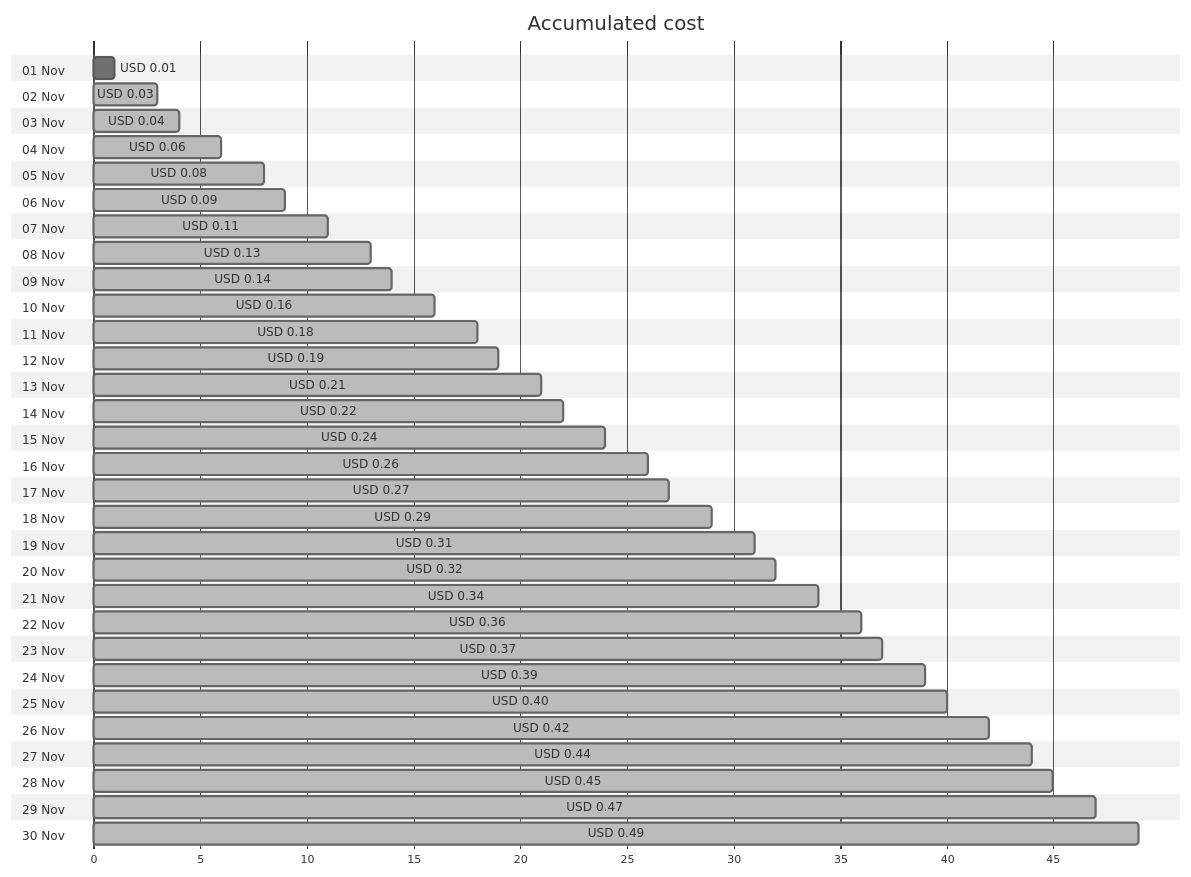
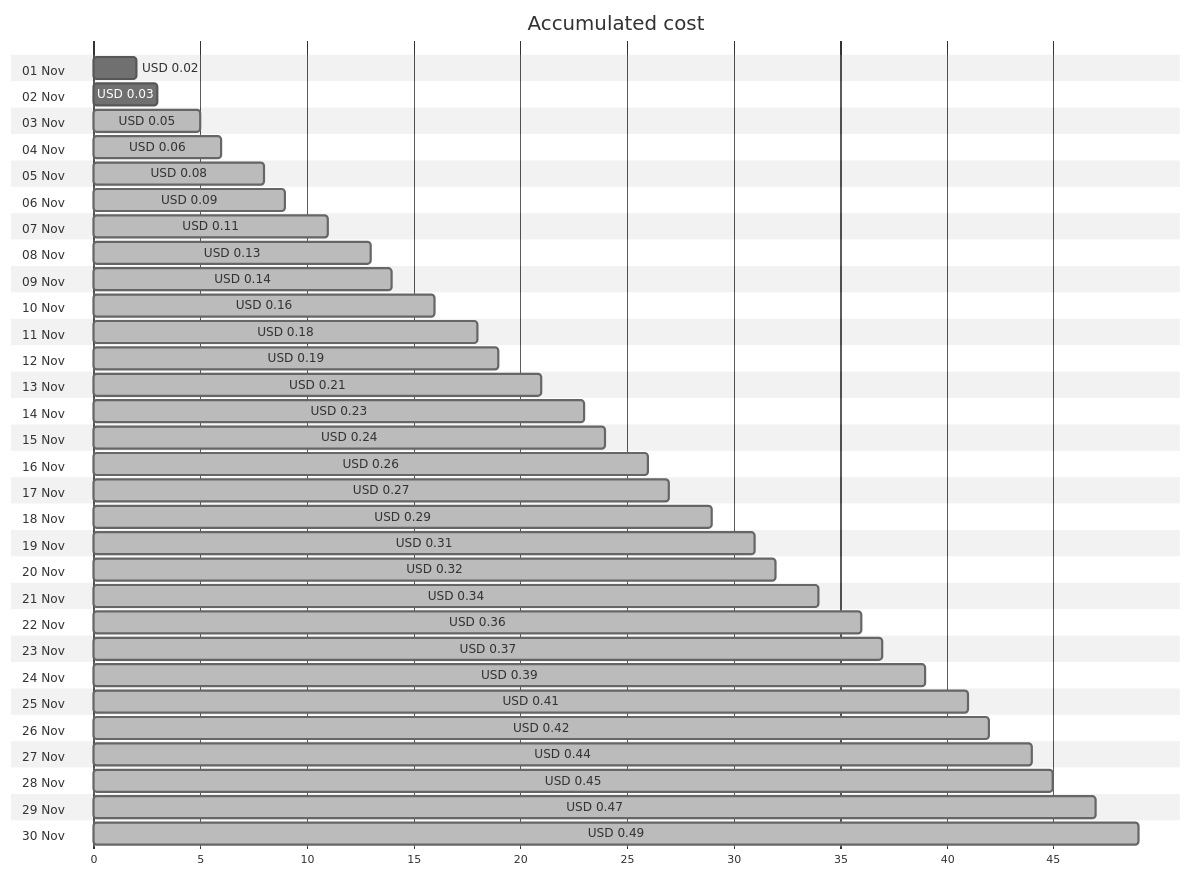
One commit to jpfulton/azure-personal-reports changed the first of 4 diagrams in cost-reports/personal-dns/jpatrickfulton.dev.md. Above: the diagram before and after it, drawn with Mermaid (neutral theme). The commit also changed other lines of this file and 2 other files, not shown here.

````diff
--- a/cost-reports/personal-dns/jpatrickfulton.dev.md
+++ b/cost-reports/personal-dns/jpatrickfulton.dev.md
@@ -20,66 +20,66 @@
 ```mermaid
 gantt
    title Accumulated cost
    dateFormat  X
    axisFormat %s
    section 01 Nov
-   USD 0.01 :0, 1
+   USD 0.02 :0, 2
    section 02 Nov
-   USD 0.03 : done, 0, 3
+   USD 0.03 :0, 3
    section 03 Nov
-   USD 0.04 : done, 0, 4
+   USD 0.05 : done, 0, 5
    section 04 Nov
    USD 0.06 : done, 0, 6
    section 05 Nov
    USD 0.08 : done, 0, 8
    section 06 Nov
    USD 0.09 : done, 0, 9
    section 07 Nov
    USD 0.11 : done, 0, 11
    section 08 Nov
    USD 0.13 : done, 0, 13
    section 09 Nov
    USD 0.14 : done, 0, 14
    section 10 Nov
    USD 0.16 : done, 0, 16
    section 11 Nov
    USD 0.18 : done, 0, 18
    section 12 Nov
    USD 0.19 : done, 0, 19
    section 13 Nov
    USD 0.21 : done, 0, 21
    section 14 Nov
-   USD 0.22 : done, 0, 22
+   USD 0.23 : done, 0, 23
    section 15 Nov
    USD 0.24 : done, 0, 24
    section 16 Nov
    USD 0.26 : done, 0, 26
    section 17 Nov
    USD 0.27 : done, 0, 27
    section 18 Nov
    USD 0.29 : done, 0, 29
    section 19 Nov
    USD 0.31 : done, 0, 31
    section 20 Nov
    USD 0.32 : done, 0, 32
    section 21 Nov
    USD 0.34 : done, 0, 34
    section 22 Nov
    USD 0.36 : done, 0, 36
    section 23 Nov
    USD 0.37 : done, 0, 37
    section 24 Nov
    USD 0.39 : done, 0, 39
    section 25 Nov
-   USD 0.40 : done, 0, 40
+   USD 0.41 : done, 0, 41
    section 26 Nov
    USD 0.42 : done, 0, 42
    section 27 Nov
    USD 0.44 : done, 0, 44
    section 28 Nov
    USD 0.45 : done, 0, 45
    section 29 Nov
    USD 0.47 : done, 0, 47
    section 30 Nov
    USD 0.49 : done, 0, 49
 ```
````
